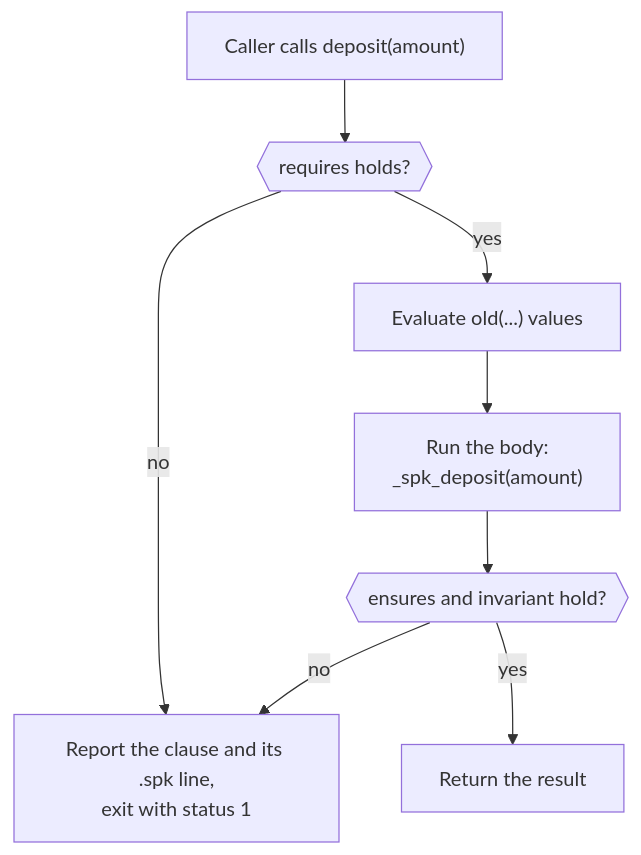
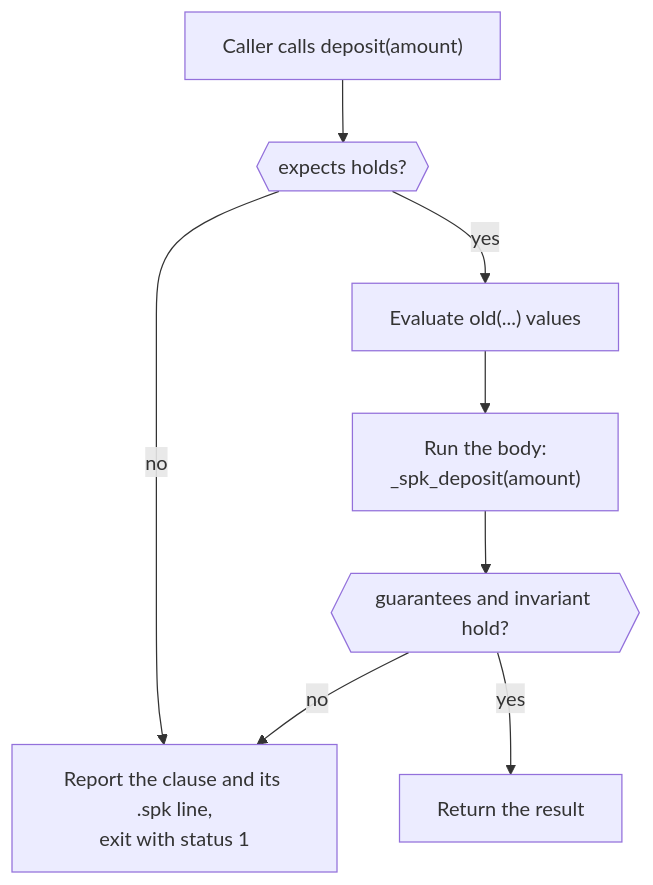
Before and after one commit to nogginly/sparkle: the diagram in docs/contracts-design.md, drawn with Mermaid. The commit also changed other lines of this file and 1 other file, not shown here.

First line of the commit message:
Settle contract syntax: expects and guarantees lead the def, invariants lead the type

````diff
--- a/docs/contracts-design.md
+++ b/docs/contracts-design.md
@@ -46,10 +54,10 @@
 ```mermaid
 flowchart TD
-    C["Caller calls deposit(amount)"] --> R{{"requires holds?"}}
+    C["Caller calls deposit(amount)"] --> R{{"expects holds?"}}
     R -- no --> F["Report the clause and its .spk line,<br/>exit with status 1"]
     R -- yes --> O["Evaluate old(...) values"]
     O --> B["Run the body:<br/>_spk_deposit(amount)"]
-    B --> E{{"ensures and invariant hold?"}}
+    B --> E{{"guarantees and invariant hold?"}}
     E -- no --> F
     E -- yes --> Ret["Return the result"]
 ```
````
